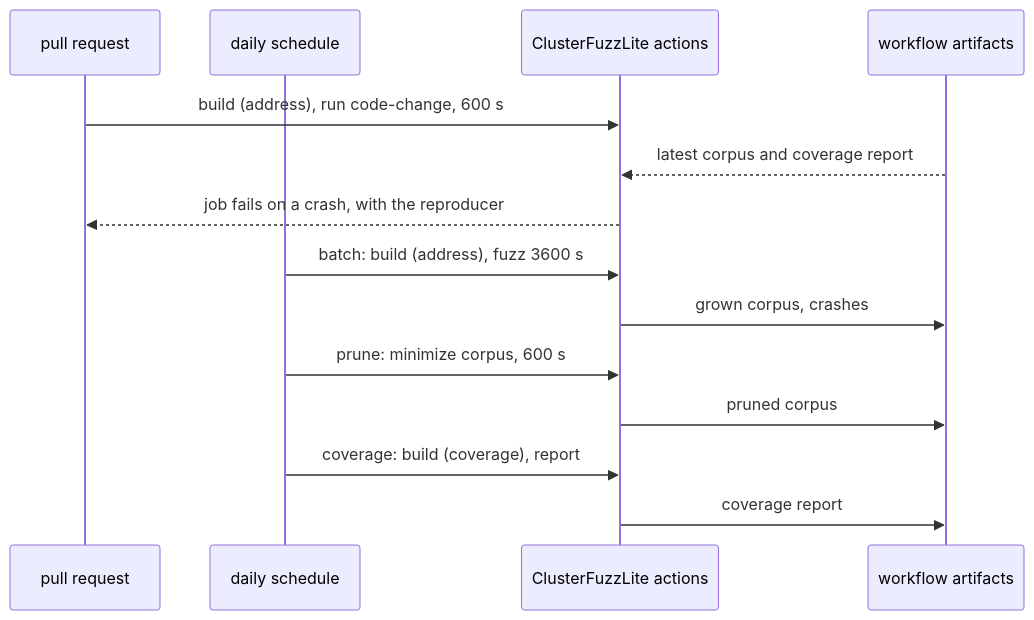
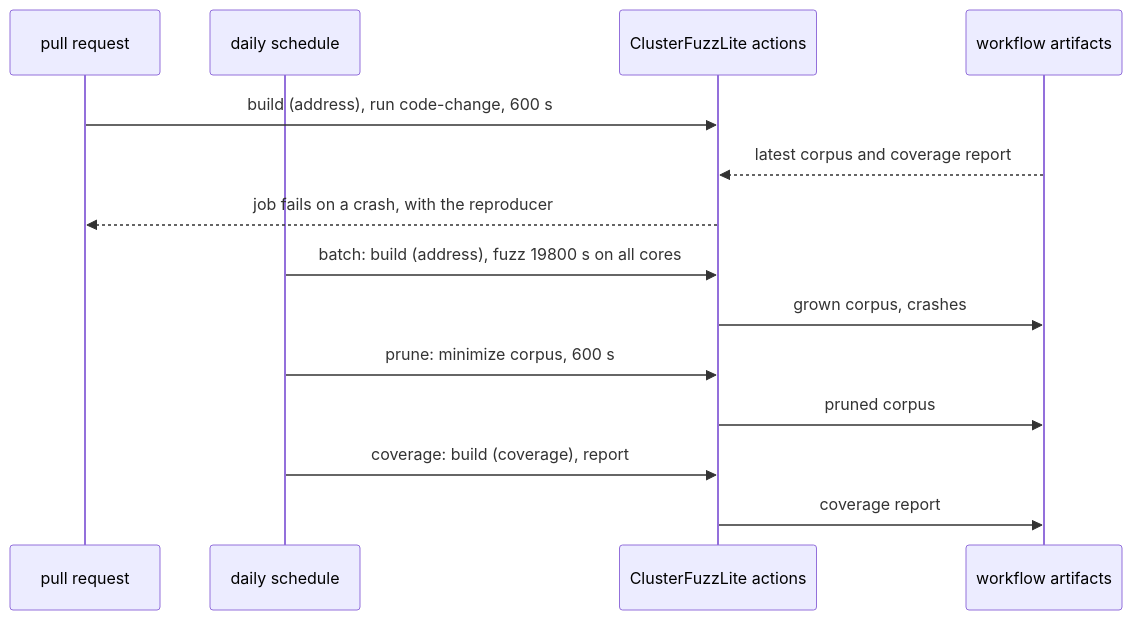
Before and after one commit to M-Compressors/mbrotli: the fourth of 4 diagrams in architecture/ci.md, drawn with Mermaid. The commit also changed other lines of this file and 2 other files, not shown here.

Commit message:
Update cron fuzzer

````diff
--- a/architecture/ci.md
+++ b/architecture/ci.md
@@ -130,16 +130,16 @@
 ```mermaid
 sequenceDiagram
     participant PR as pull request
     participant Cron as daily schedule
     participant CF as ClusterFuzzLite actions
     participant Store as workflow artifacts
     PR->>CF: build (address), run code-change, 600 s
     Store-->>CF: latest corpus and coverage report
     CF-->>PR: job fails on a crash, with the reproducer
-    Cron->>CF: batch: build (address), fuzz 3600 s
+    Cron->>CF: batch: build (address), fuzz 19800 s on all cores
     CF->>Store: grown corpus, crashes
     Cron->>CF: prune: minimize corpus, 600 s
     CF->>Store: pruned corpus
     Cron->>CF: coverage: build (coverage), report
     CF->>Store: coverage report
 ```
````
